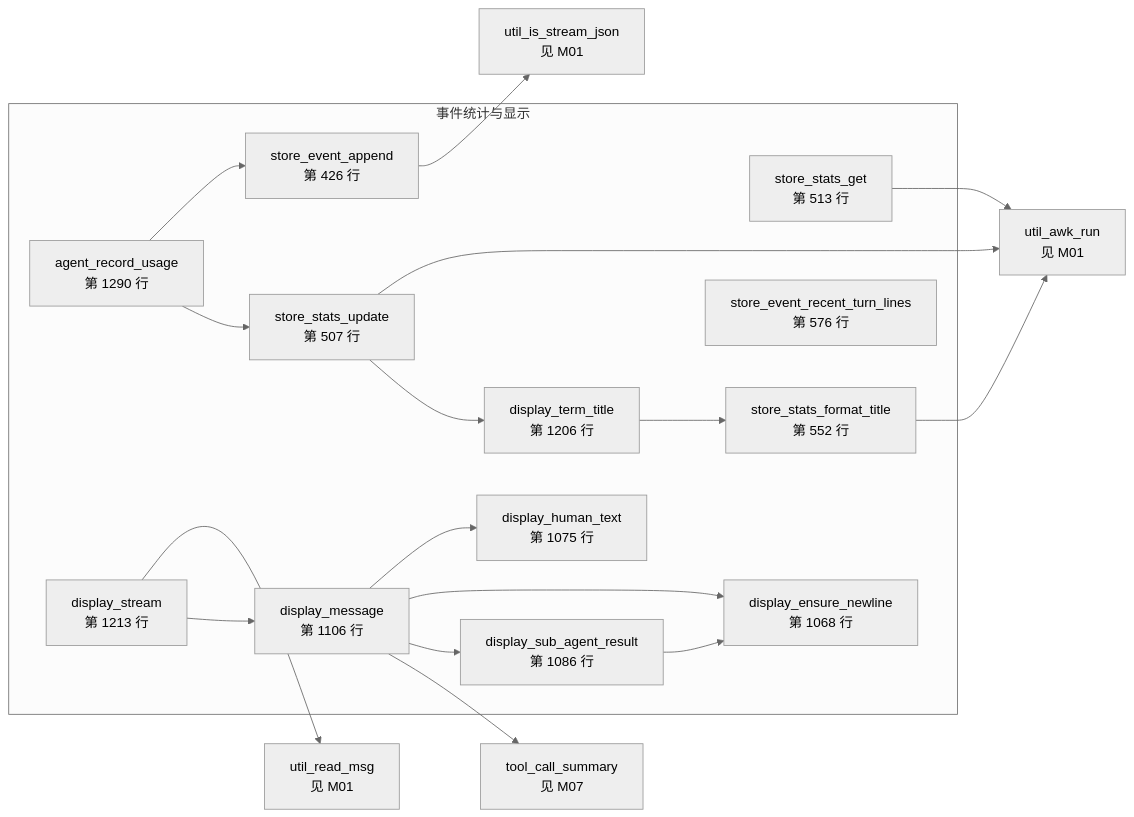
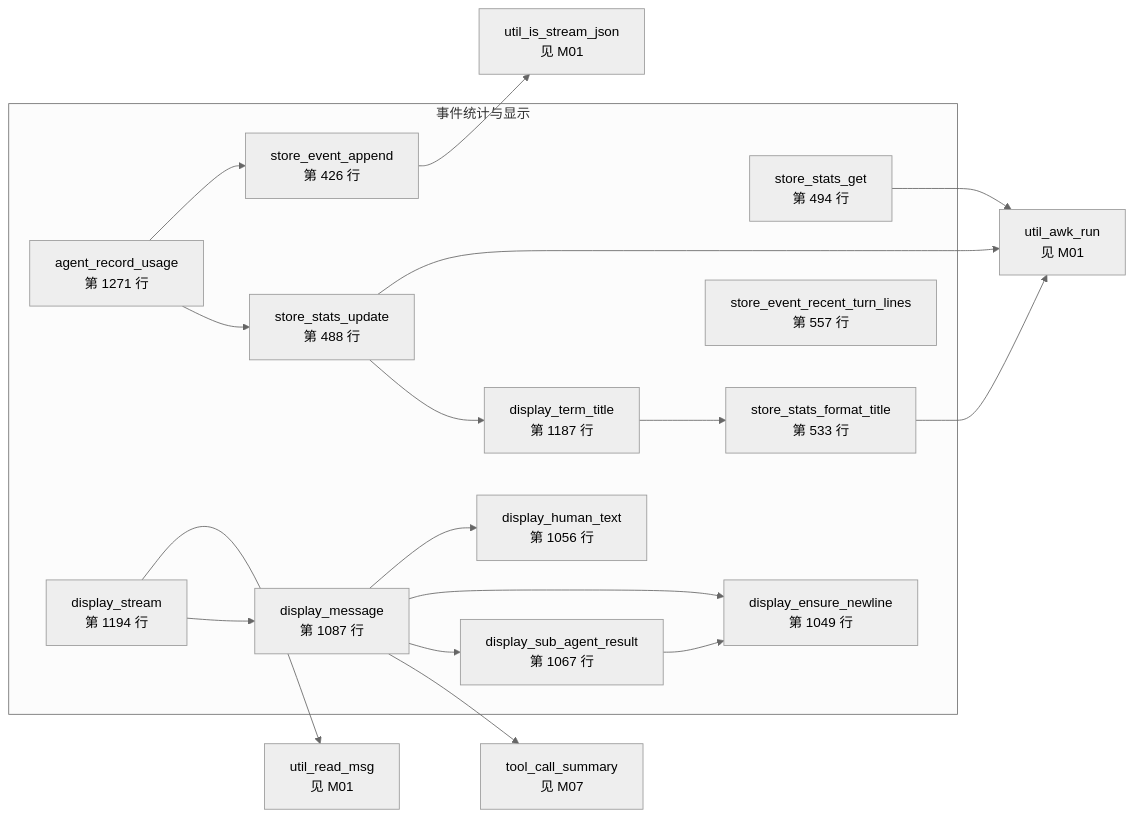
Before and after one commit to lloydzhou/bash-agent: diagram 12 of 15 in docs/bash-data-flow.md, drawn with Mermaid (neutral theme). The commit also changed other lines of this file and 3 other files, not shown here.

````diff
--- a/docs/bash-data-flow.md
+++ b/docs/bash-data-flow.md
@@ -520,36 +517,36 @@
 ```mermaid
 flowchart LR
   subgraph mod_10["事件统计与显示"]
     f_store_event_append["store_event_append<br/>第 426 行"]
-    f_store_stats_update["store_stats_update<br/>第 507 行"]
-    f_store_stats_get["store_stats_get<br/>第 513 行"]
-    f_store_stats_format_title["store_stats_format_title<br/>第 552 行"]
-    f_store_event_recent_turn_lines["store_event_recent_turn_lines<br/>第 576 行"]
-    f_agent_record_usage["agent_record_usage<br/>第 1290 行"]
-    f_display_ensure_newline["display_ensure_newline<br/>第 1068 行"]
-    f_display_human_text["display_human_text<br/>第 1075 行"]
-    f_display_sub_agent_result["display_sub_agent_result<br/>第 1086 行"]
-    f_display_message["display_message<br/>第 1106 行"]
-    f_display_term_title["display_term_title<br/>第 1206 行"]
-    f_display_stream["display_stream<br/>第 1213 行"]
+    f_store_stats_update["store_stats_update<br/>第 488 行"]
+    f_store_stats_get["store_stats_get<br/>第 494 行"]
+    f_store_stats_format_title["store_stats_format_title<br/>第 533 行"]
+    f_store_event_recent_turn_lines["store_event_recent_turn_lines<br/>第 557 行"]
+    f_agent_record_usage["agent_record_usage<br/>第 1271 行"]
+    f_display_ensure_newline["display_ensure_newline<br/>第 1049 行"]
+    f_display_human_text["display_human_text<br/>第 1056 行"]
+    f_display_sub_agent_result["display_sub_agent_result<br/>第 1067 行"]
+    f_display_message["display_message<br/>第 1087 行"]
+    f_display_term_title["display_term_title<br/>第 1187 行"]
+    f_display_stream["display_stream<br/>第 1194 行"]
   end
   f_tool_call_summary["tool_call_summary<br/>见 M07"]
   f_util_awk_run["util_awk_run<br/>见 M01"]
   f_util_is_stream_json["util_is_stream_json<br/>见 M01"]
   f_util_read_msg["util_read_msg<br/>见 M01"]
   f_store_event_append --> f_util_is_stream_json
   f_store_stats_update --> f_util_awk_run
   f_store_stats_update --> f_display_term_title
   f_store_stats_get --> f_util_awk_run
   f_store_stats_format_title --> f_util_awk_run
   f_agent_record_usage --> f_store_event_append
   f_agent_record_usage --> f_store_stats_update
   f_display_sub_agent_result --> f_display_ensure_newline
   f_display_message --> f_display_human_text
   f_display_message --> f_display_ensure_newline
   f_display_message --> f_display_sub_agent_result
   f_display_message --> f_tool_call_summary
   f_display_term_title --> f_store_stats_format_title
   f_display_stream --> f_util_read_msg
   f_display_stream --> f_display_message
 ```
````
